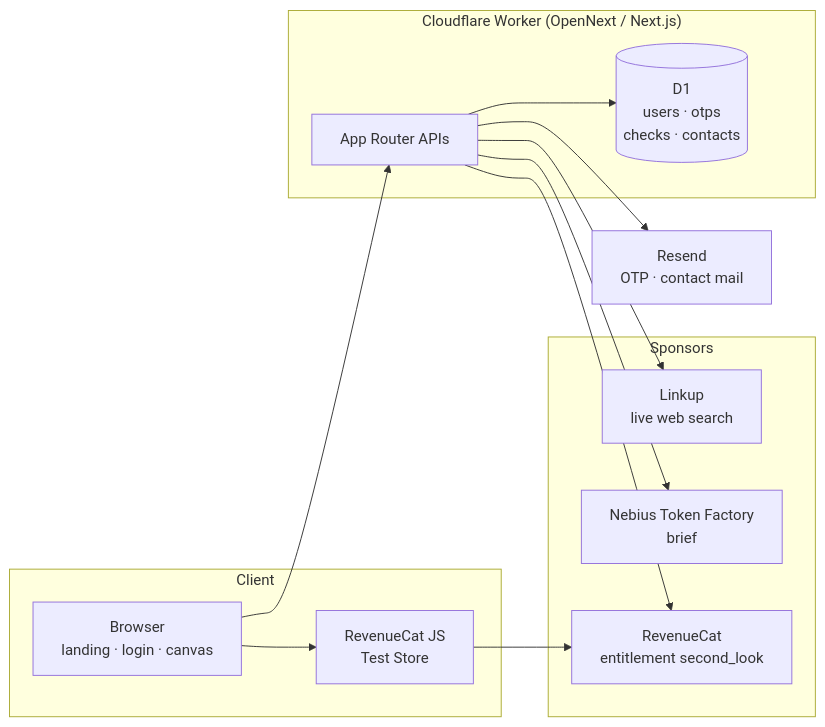
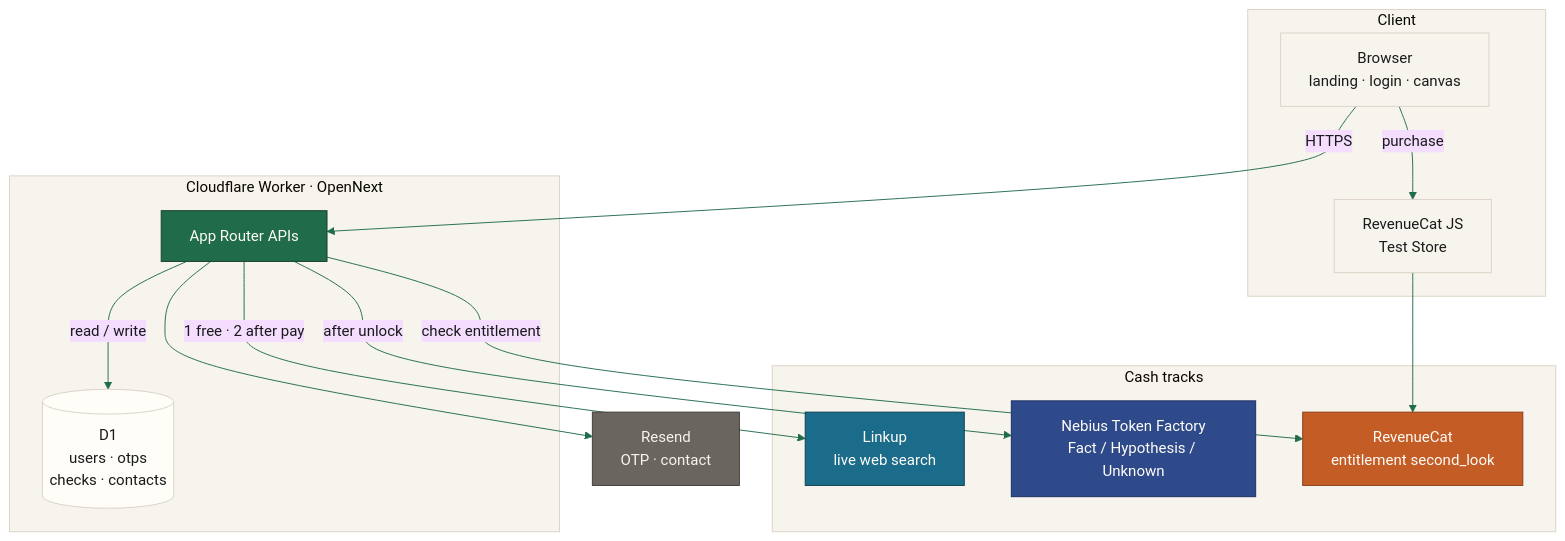
The first of 2 diagrams in README.md (JulioMCruz/SecondLook), drawn with Mermaid before and after one commit. The commit also changed other lines of this file, not shown here.

Commit message:
docs: color the architecture and sequence mermaid diagrams
Paper/green client-worker, distinct sponsor fills, and free vs paid
rects so judges can scan the two paths on GitHub.

````diff
--- a/README.md
+++ b/README.md
@@ -51,29 +51,47 @@
 ```mermaid
-flowchart LR
-  subgraph Client
-    Browser["Browser\nlanding · login · canvas"]
-    RC["RevenueCat JS\nTest Store"]
+%%{init: {"theme": "base", "themeVariables": {"fontFamily": "ui-sans-serif, system-ui", "primaryTextColor": "#1a1a1a", "lineColor": "#1f6b4a", "clusterBkg": "#f7f4ee", "clusterBorder": "#d9d2c5"}}}%%
+flowchart TB
+  classDef paper fill:#f7f4ee,stroke:#d9d2c5,color:#1a1a1a
+  classDef cream fill:#fffdf8,stroke:#d9d2c5,color:#1a1a1a
+  classDef green fill:#1f6b4a,stroke:#163d2c,color:#fffdf8
+  classDef mint fill:#e8f2ed,stroke:#1f6b4a,color:#1a1a1a
+  classDef link fill:#1b6b8a,stroke:#0e3d4f,color:#fffdf8
+  classDef neb fill:#2f4a8a,stroke:#1a2c5c,color:#fffdf8
+  classDef paid fill:#c45c26,stroke:#8a3d14,color:#fffdf8
+  classDef mail fill:#6b6560,stroke:#3f3b38,color:#f7f4ee
+
+  subgraph Client["Client"]
+    Browser["Browser<br/>landing · login · canvas"]
+    RCJS["RevenueCat JS<br/>Test Store"]
   end
 
-  subgraph "Cloudflare Worker (OpenNext / Next.js)"
+  subgraph Worker["Cloudflare Worker · OpenNext"]
     API["App Router APIs"]
-    D1[("D1\nusers · otps\nchecks · contacts")]
+    D1[("D1<br/>users · otps<br/>checks · contacts")]
   end
 
-  subgraph Sponsors
-    Linkup["Linkup\nlive web search"]
-    Nebius["Nebius Token Factory\nbrief"]
-    RCAPI["RevenueCat\nentitlement second_look"]
+  subgraph Tracks["Cash tracks"]
+    Linkup["Linkup<br/>live web search"]
+    Nebius["Nebius Token Factory<br/>Fact / Hypothesis / Unknown"]
+    RCAPI["RevenueCat<br/>entitlement second_look"]
   end
 
-  Resend["Resend\nOTP · contact mail"]
+  Resend["Resend<br/>OTP · contact"]
 
-  Browser --> API
-  Browser --> RC
-  RC --> RCAPI
-  API --> D1
-  API --> Linkup
-  API --> Nebius
-  API --> RCAPI
+  Browser -->|HTTPS| API
+  Browser -->|purchase| RCJS
+  RCJS --> RCAPI
+  API -->|read / write| D1
+  API -->|"1 free · 2 after pay"| Linkup
+  API -->|after unlock| Nebius
+  API -->|check entitlement| RCAPI
   API --> Resend
+
+  class Browser,RCJS paper
+  class API green
+  class D1 cream
+  class Linkup link
+  class Nebius neb
+  class RCAPI paid
+  class Resend mail
 ```
````
